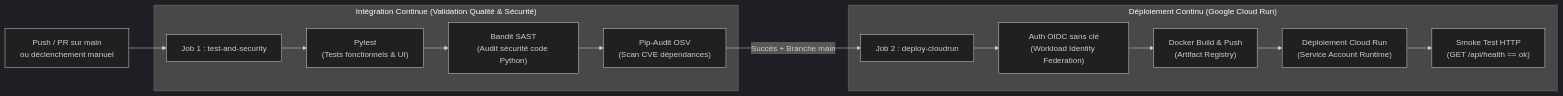
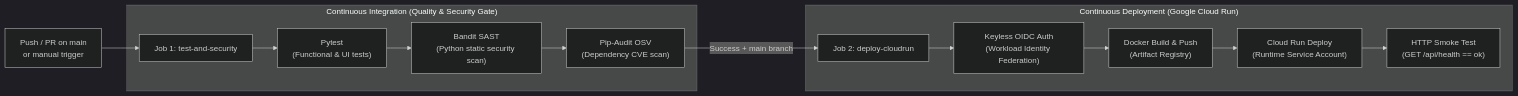
Before and after one commit to frederic-bouy/livepulse: the diagram in README.md, drawn with Mermaid (dark theme). The commit also changed other lines of this file and 2 other files, not shown here.

````diff
--- a/README.md
+++ b/README.md
@@ -114,16 +116,16 @@
 ```mermaid
 flowchart LR
-    A["Push / PR sur main\nou déclenchement manuel"] --> B["Job 1 : test-and-security"]
-    subgraph CI ["Intégration Continue (Validation Qualité & Sécurité)"]
-        B --> B1["Pytest\n(Tests fonctionnels & UI)"]
-        B1 --> B2["Bandit SAST\n(Audit sécurité code Python)"]
-        B2 --> B3["Pip-Audit OSV\n(Scan CVE dépendances)"]
+    A["Push / PR on main\nor manual trigger"] --> B["Job 1: test-and-security"]
+    subgraph CI ["Continuous Integration (Quality & Security Gate)"]
+        B --> B1["Pytest\n(Functional & UI tests)"]
+        B1 --> B2["Bandit SAST\n(Python static security scan)"]
+        B2 --> B3["Pip-Audit OSV\n(Dependency CVE scan)"]
     end
-    B3 -->|Succès + Branche main| C["Job 2 : deploy-cloudrun"]
-    subgraph CD ["Déploiement Continu (Google Cloud Run)"]
-        C --> C1["Auth OIDC sans clé\n(Workload Identity Federation)"]
+    B3 -->|Success + main branch| C["Job 2: deploy-cloudrun"]
+    subgraph CD ["Continuous Deployment (Google Cloud Run)"]
+        C --> C1["Keyless OIDC Auth\n(Workload Identity Federation)"]
         C1 --> C2["Docker Build & Push\n(Artifact Registry)"]
-        C2 --> C3["Déploiement Cloud Run\n(Service Account Runtime)"]
-        C3 --> C4["Smoke Test HTTP\n(GET /api/health == ok)"]
+        C2 --> C3["Cloud Run Deploy\n(Runtime Service Account)"]
+        C3 --> C4["HTTP Smoke Test\n(GET /api/health == ok)"]
     end
 ```
````
